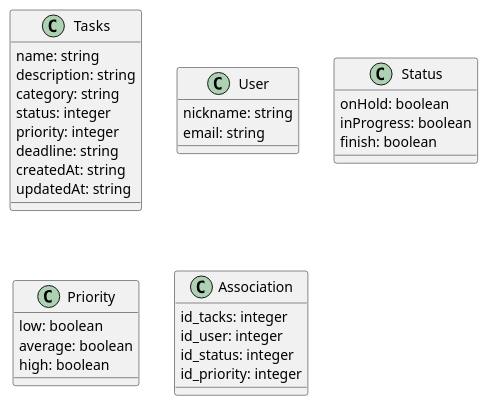
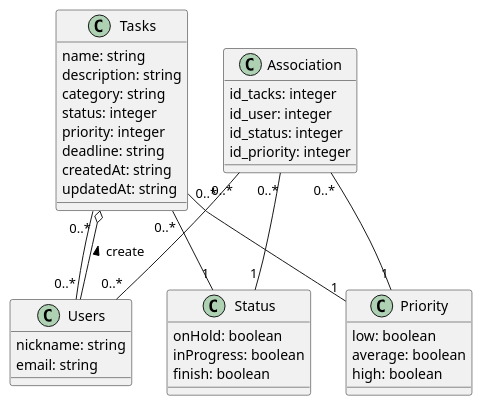
One commit to LaigleJ/ToDoList_alt changed the diagram in plantUml/diagramme_de_class.puml. Above: the diagram before and after it, drawn with PlantUML.

Commit message:
add cardinalité

```diff
--- a/plantUml/diagramme_de_class.puml
+++ b/plantUml/diagramme_de_class.puml
@@ -1,38 +1,47 @@
 @startuml
 
 class Tasks {
     name: string
     description: string
     category: string
     status: integer
     priority: integer
     deadline: string
     createdAt: string
     updatedAt: string
 }
 
-class User {
+class Users {
     nickname: string
     email: string
 }
 
 class Status {
     onHold: boolean
     inProgress: boolean
     finish: boolean
 }
 
 class Priority {
     low: boolean
     average: boolean
     high: boolean
 }
 
 class Association {
     id_tacks: integer
     id_user: integer
     id_status: integer
     id_priority: integer
 }
 
+Users --o Tasks : create >
+Tasks "0..*"--"0..*" Users
+Tasks "0..*"--"1" Status
+Tasks "0..*"--"1" Priority
+Association "0..*"--"0..*" Users
+Association "0..*"--"1" Status
+Association "0..*"--"1" Priority
+
+
 @enduml
```
